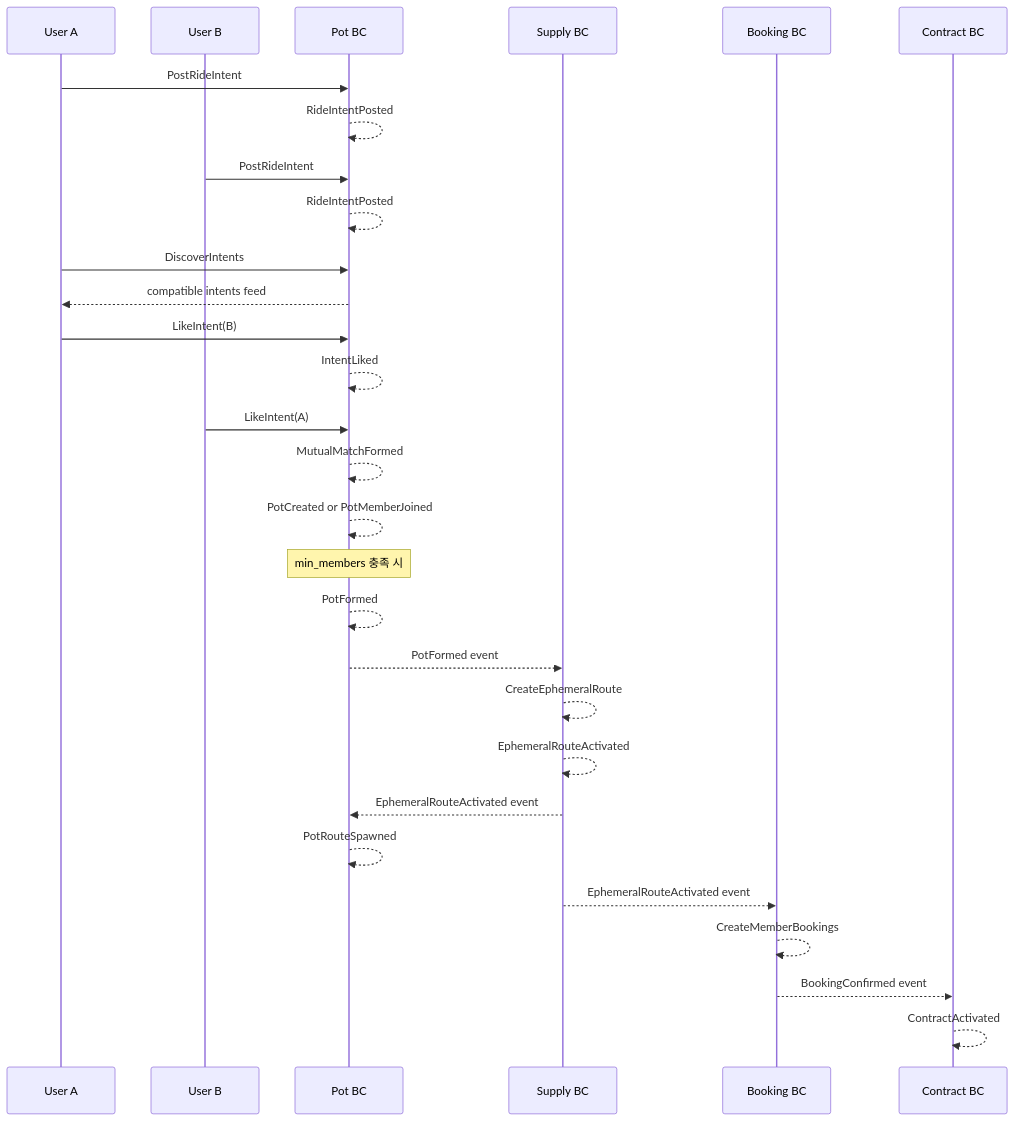
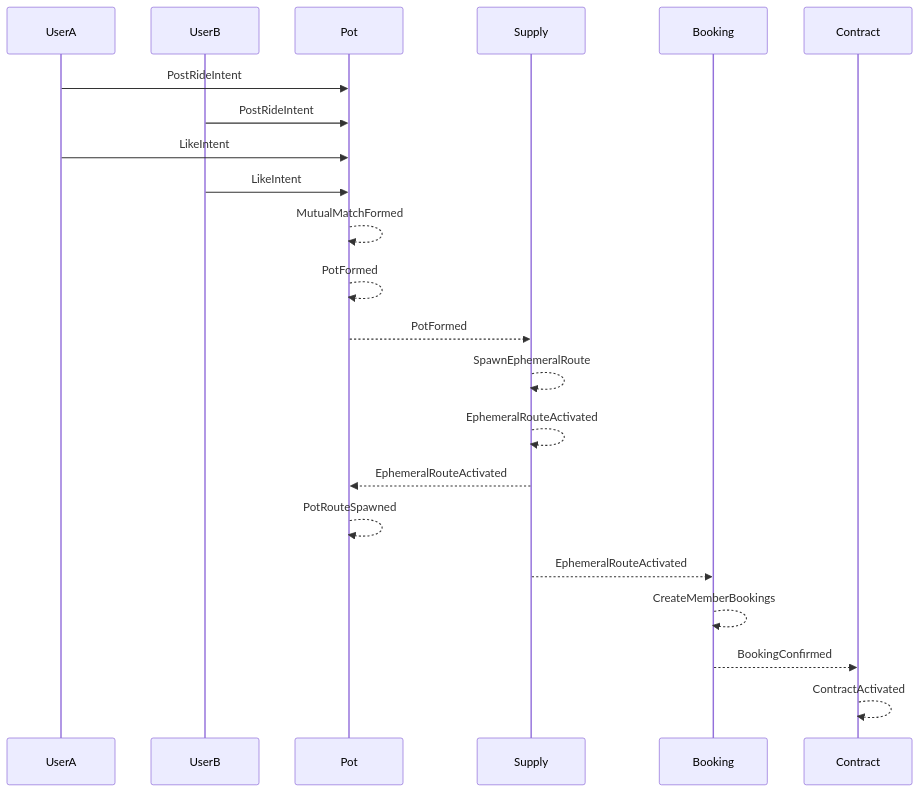
One commit to entworacy/hermes-iris-kakaotalk changed the third of 3 diagrams in feroad-rest-api/docs/superpowers/specs/2026-06-29-feroad-domain-design.md. Above: the diagram before and after it, drawn with Mermaid. The commit also changed other lines of this file and 1 other file, not shown here.

````diff
--- a/feroad-rest-api/docs/superpowers/specs/2026-06-29-feroad-domain-design.md
+++ b/feroad-rest-api/docs/superpowers/specs/2026-06-29-feroad-domain-design.md
@@ -280,42 +161,28 @@
 ```mermaid
 sequenceDiagram
-    participant U1 as User A
-    participant U2 as User B
-    participant PotBC as Pot BC
-    participant Supply as Supply BC
-    participant Booking as Booking BC
-    participant Contract as Contract BC
+    participant U1 as UserA
+    participant U2 as UserB
+    participant Pot as Pot
+    participant Supply as Supply
+    participant Booking as Booking
+    participant Contract as Contract
 
-    U1->>PotBC: PostRideIntent
-    PotBC-->>PotBC: RideIntentPosted
+    U1->>Pot: PostRideIntent
+    U2->>Pot: PostRideIntent
+    U1->>Pot: LikeIntent
+    U2->>Pot: LikeIntent
+    Pot-->>Pot: MutualMatchFormed
+    Pot-->>Pot: PotFormed
 
-    U2->>PotBC: PostRideIntent
-    PotBC-->>PotBC: RideIntentPosted
-
-    U1->>PotBC: DiscoverIntents
-    PotBC-->>U1: compatible intents feed
-
-    U1->>PotBC: LikeIntent(B)
-    PotBC-->>PotBC: IntentLiked
-
-    U2->>PotBC: LikeIntent(A)
-    PotBC-->>PotBC: MutualMatchFormed
-
-    PotBC-->>PotBC: PotCreated or PotMemberJoined
-
-    Note over PotBC: min_members 충족 시
-    PotBC-->>PotBC: PotFormed
-
-    PotBC-->>Supply: PotFormed event
-    Supply-->>Supply: CreateEphemeralRoute
+    Pot-->>Supply: PotFormed
+    Supply-->>Supply: SpawnEphemeralRoute
     Supply-->>Supply: EphemeralRouteActivated
 
-    Supply-->>PotBC: EphemeralRouteActivated event
-    PotBC-->>PotBC: PotRouteSpawned
+    Supply-->>Pot: EphemeralRouteActivated
+    Pot-->>Pot: PotRouteSpawned
 
-    Supply-->>Booking: EphemeralRouteActivated event
+    Supply-->>Booking: EphemeralRouteActivated
     Booking-->>Booking: CreateMemberBookings
-
-    Booking-->>Contract: BookingConfirmed event
+    Booking-->>Contract: BookingConfirmed
     Contract-->>Contract: ContractActivated
 ```
````
